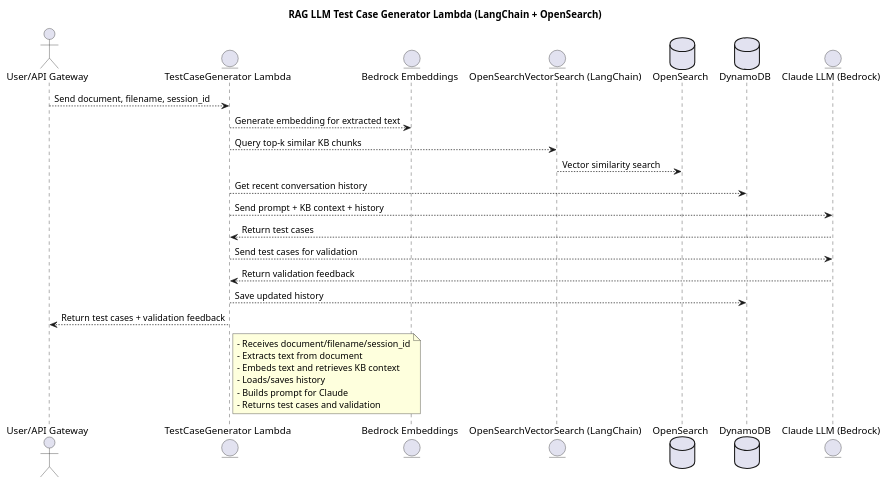
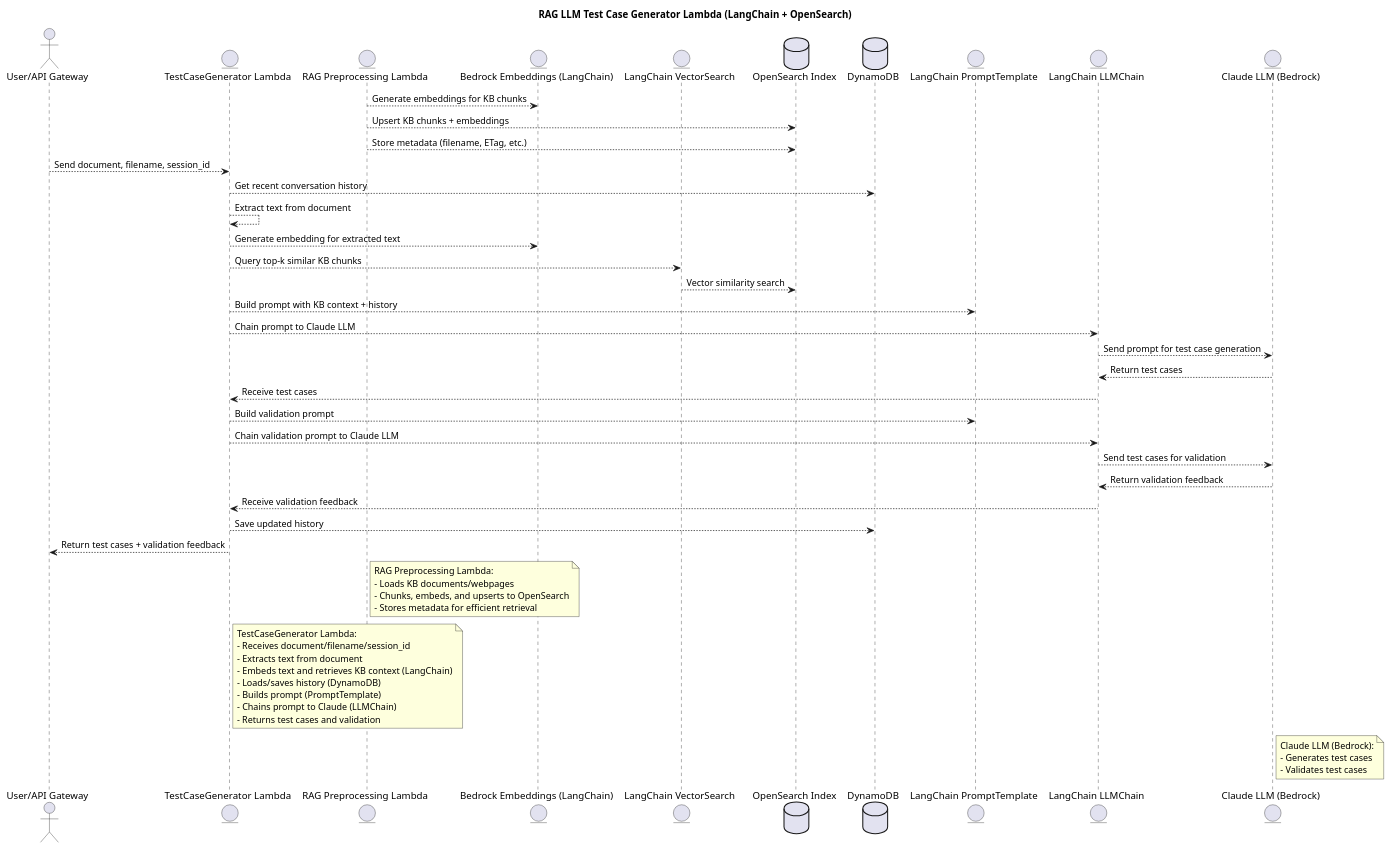
Before and after one commit to pavanchanduri/RAGChatbot: the diagram in llmtestcasegenerator/PUML Diagrams/llmtestcasegenerator.puml, drawn with PlantUML. The commit also changed 2 other files, not shown here.

Commit message:
Modified LLM TC Generator code and PUML

```diff
--- a/llmtestcasegenerator/PUML Diagrams/llmtestcasegenerator.puml
+++ b/llmtestcasegenerator/PUML Diagrams/llmtestcasegenerator.puml
@@ -1,33 +1,64 @@
 @startuml llmtestcasegenerator
 title RAG LLM Test Case Generator Lambda (LangChain + OpenSearch)
 
 actor "User/API Gateway" as User
 entity "TestCaseGenerator Lambda" as Lambda
-entity "Bedrock Embeddings" as BedrockEmbed
-entity "OpenSearchVectorSearch (LangChain)" as VectorSearch
-database "OpenSearch" as OS
+entity "RAG Preprocessing Lambda" as Preprocess
+entity "Bedrock Embeddings (LangChain)" as BedrockEmbed
+entity "LangChain VectorSearch" as VectorSearch
+database "OpenSearch Index" as OS
 database "DynamoDB" as Dynamo
+entity "LangChain PromptTemplate" as PromptTemplate
+entity "LangChain LLMChain" as LLMChain
 entity "Claude LLM (Bedrock)" as Claude
 
+'--- RAG Preprocessing Flow ---
+Preprocess --> BedrockEmbed : Generate embeddings for KB chunks
+Preprocess --> OS : Upsert KB chunks + embeddings
+Preprocess --> OS : Store metadata (filename, ETag, etc.)
+
+'--- Test Case Generation Flow ---
 User --> Lambda : Send document, filename, session_id
+Lambda --> Dynamo : Get recent conversation history
+Lambda --> Lambda : Extract text from document
 Lambda --> BedrockEmbed : Generate embedding for extracted text
 Lambda --> VectorSearch : Query top-k similar KB chunks
 VectorSearch --> OS : Vector similarity search
-Lambda --> Dynamo : Get recent conversation history
-Lambda --> Claude : Send prompt + KB context + history
-Claude --> Lambda : Return test cases
-Lambda --> Claude : Send test cases for validation
-Claude --> Lambda : Return validation feedback
+Lambda --> PromptTemplate : Build prompt with KB context + history
+Lambda --> LLMChain : Chain prompt to Claude LLM
+LLMChain --> Claude : Send prompt for test case generation
+Claude --> LLMChain : Return test cases
+LLMChain --> Lambda : Receive test cases
+Lambda --> PromptTemplate : Build validation prompt
+Lambda --> LLMChain : Chain validation prompt to Claude LLM
+LLMChain --> Claude : Send test cases for validation
+Claude --> LLMChain : Return validation feedback
+LLMChain --> Lambda : Receive validation feedback
 Lambda --> Dynamo : Save updated history
 Lambda --> User : Return test cases + validation feedback
 
+note right of Preprocess
+RAG Preprocessing Lambda:
+- Loads KB documents/webpages
+- Chunks, embeds, and upserts to OpenSearch
+- Stores metadata for efficient retrieval
+end note
+
 note right of Lambda
+TestCaseGenerator Lambda:
 - Receives document/filename/session_id
 - Extracts text from document
-- Embeds text and retrieves KB context
-- Loads/saves history
-- Builds prompt for Claude
+- Embeds text and retrieves KB context (LangChain)
+- Loads/saves history (DynamoDB)
+- Builds prompt (PromptTemplate)
+- Chains prompt to Claude (LLMChain)
 - Returns test cases and validation
 end note
 
+note right of Claude
+Claude LLM (Bedrock):
+- Generates test cases
+- Validates test cases
+end note
+
 @enduml
```
